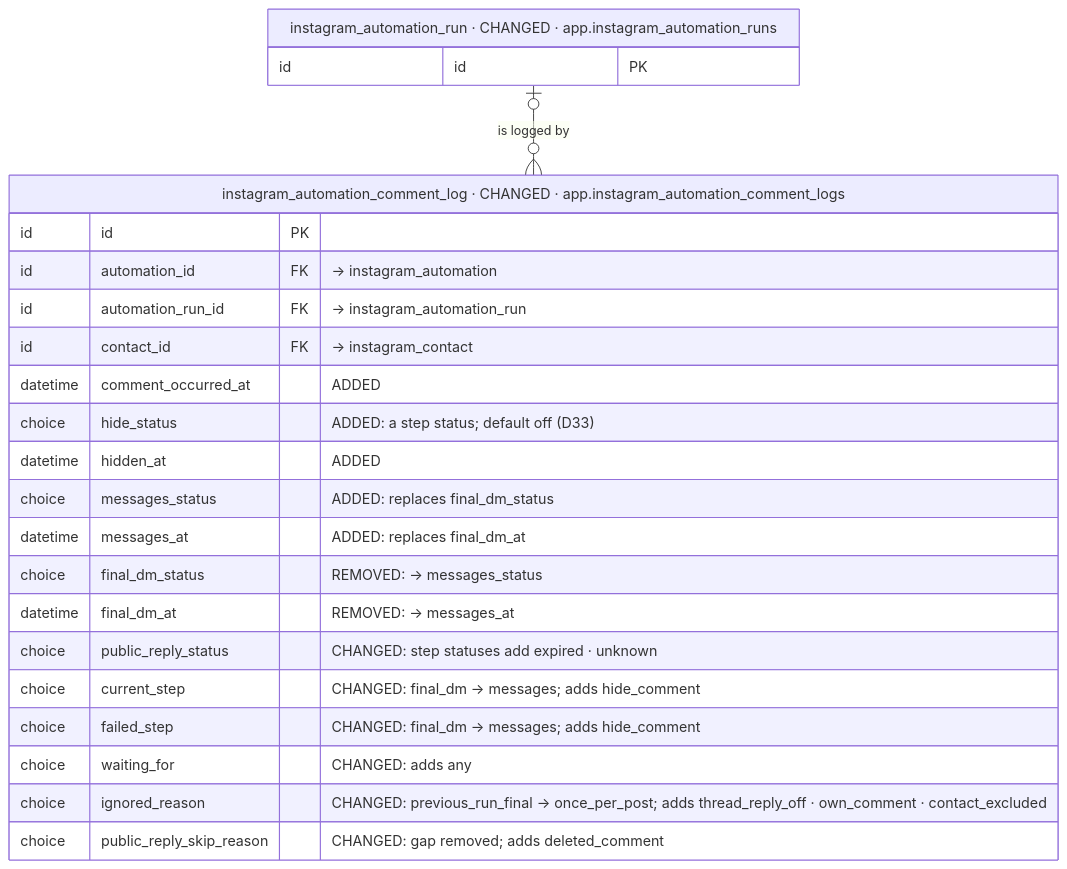
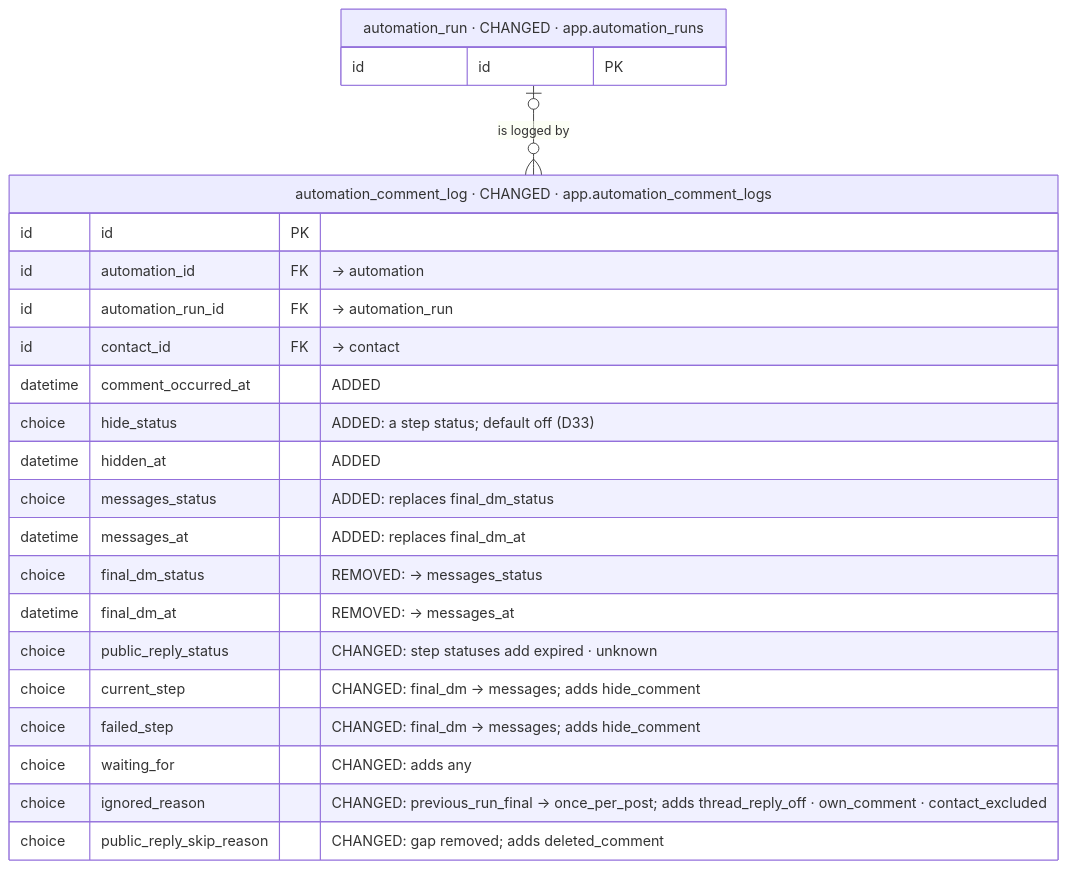
Before and after one commit to albetrios/meepzo-be: diagram 17 of 40 in iterations/feat-instagram-dm-sending-2026-11-23-oxak/plans/db-changes.md, drawn with Mermaid. The commit also changed other lines of this file and 2 other files, not shown here.

````diff
--- a/iterations/feat-instagram-dm-sending-2026-11-23-oxak/plans/db-changes.md
+++ b/iterations/feat-instagram-dm-sending-2026-11-23-oxak/plans/db-changes.md
@@ -930,26 +962,26 @@
 ```mermaid
 erDiagram
-  instagram_automation_comment_log["instagram_automation_comment_log · CHANGED · app.instagram_automation_comment_logs"] {
+  automation_comment_log["automation_comment_log · CHANGED · app.automation_comment_logs"] {
     id id PK
-    id automation_id FK "→ instagram_automation"
-    id automation_run_id FK "→ instagram_automation_run"
-    id contact_id FK "→ instagram_contact"
+    id automation_id FK "→ automation"
+    id automation_run_id FK "→ automation_run"
+    id contact_id FK "→ contact"
     datetime comment_occurred_at "ADDED"
     choice hide_status "ADDED: a step status; default off (D33)"
     datetime hidden_at "ADDED"
     choice messages_status "ADDED: replaces final_dm_status"
     datetime messages_at "ADDED: replaces final_dm_at"
     choice final_dm_status "REMOVED: → messages_status"
     datetime final_dm_at "REMOVED: → messages_at"
     choice public_reply_status "CHANGED: step statuses add expired · unknown"
     choice current_step "CHANGED: final_dm → messages; adds hide_comment"
     choice failed_step "CHANGED: final_dm → messages; adds hide_comment"
     choice waiting_for "CHANGED: adds any"
     choice ignored_reason "CHANGED: previous_run_final → once_per_post; adds thread_reply_off · own_comment · contact_excluded"
     choice public_reply_skip_reason "CHANGED: gap removed; adds deleted_comment"
   }
-  instagram_automation_run["instagram_automation_run · CHANGED · app.instagram_automation_runs"] {
+  automation_run["automation_run · CHANGED · app.automation_runs"] {
     id id PK
   }
-  instagram_automation_run |o--o{ instagram_automation_comment_log : "is logged by"
+  automation_run |o--o{ automation_comment_log : "is logged by"
 ```
````
